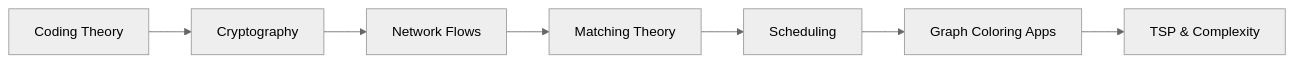
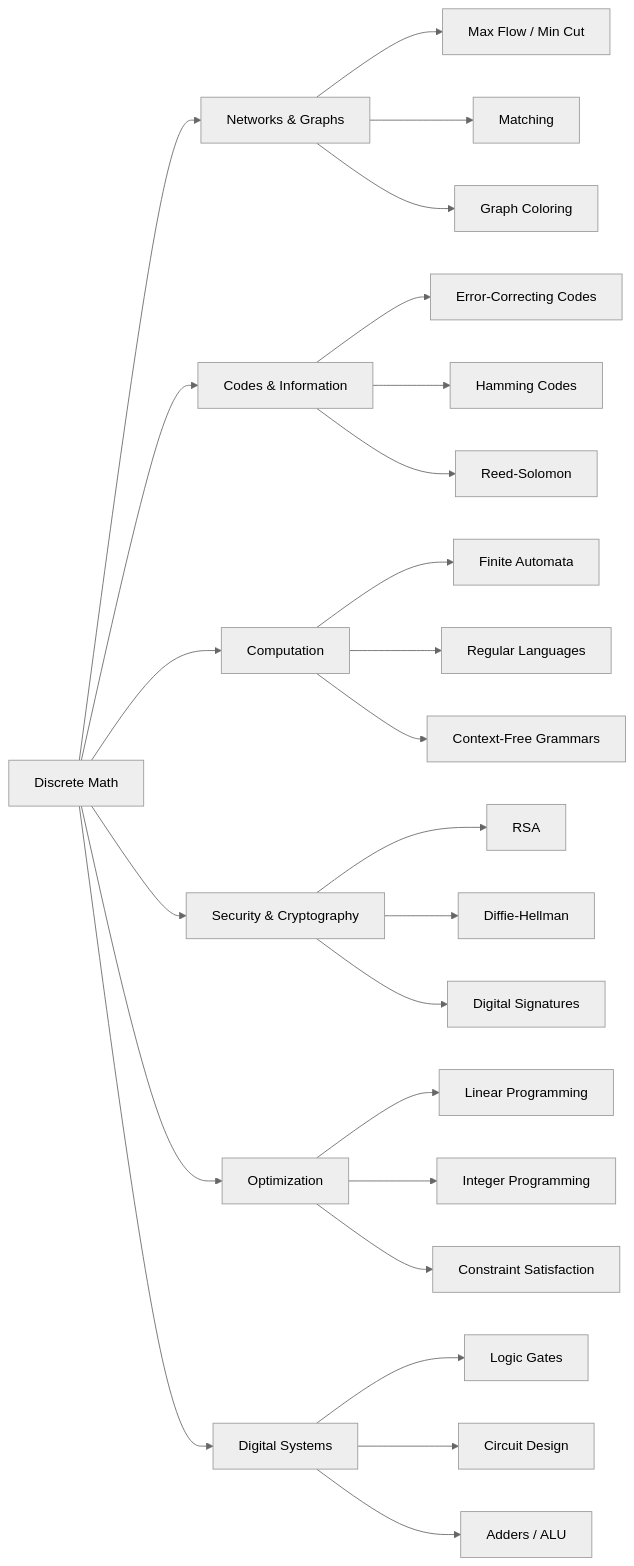
One commit to Raushan666java/ai-engineering-journey changed the diagram in docs/courses/discrete-mathematics/15-applications.md. Above: the diagram before and after it, drawn with Mermaid (neutral theme). The commit also changed other lines of this file and 62 other files, not shown here.

First line of the commit message:
Expand Blockchain, Discrete Math, Cloud Computing, DevOps courses to 400+ lines per chapter

````diff
--- a/docs/courses/discrete-mathematics/15-applications.md
+++ b/docs/courses/discrete-mathematics/15-applications.md
@@ -31,9 +35,33 @@
 ```mermaid
 flowchart LR
-    A[Coding Theory] --> B[Cryptography]
-    B --> C[Network Flows]
-    C --> D[Matching Theory]
-    D --> E[Scheduling]
-    E --> F[Graph Coloring Apps]
-    F --> G[TSP & Complexity]
+    A[Discrete Math] --> B[Networks & Graphs]
+    A --> C[Codes & Information]
+    A --> D[Computation]
+    A --> E[Security & Cryptography]
+    A --> F[Optimization]
+    A --> G[Digital Systems]
+
+    B --> B1[Max Flow / Min Cut]
+    B --> B2[Matching]
+    B --> B3[Graph Coloring]
+
+    C --> C1[Error-Correcting Codes]
+    C --> C2[Hamming Codes]
+    C --> C3[Reed-Solomon]
+
+    D --> D1[Finite Automata]
+    D --> D2[Regular Languages]
+    D --> D3[Context-Free Grammars]
+
+    E --> E1[RSA]
+    E --> E2[Diffie-Hellman]
+    E --> E3[Digital Signatures]
+
+    F --> F1[Linear Programming]
+    F --> F2[Integer Programming]
+    F --> F3[Constraint Satisfaction]
+
+    G --> G1[Logic Gates]
+    G --> G2[Circuit Design]
+    G --> G3[Adders / ALU]
 ```
````
